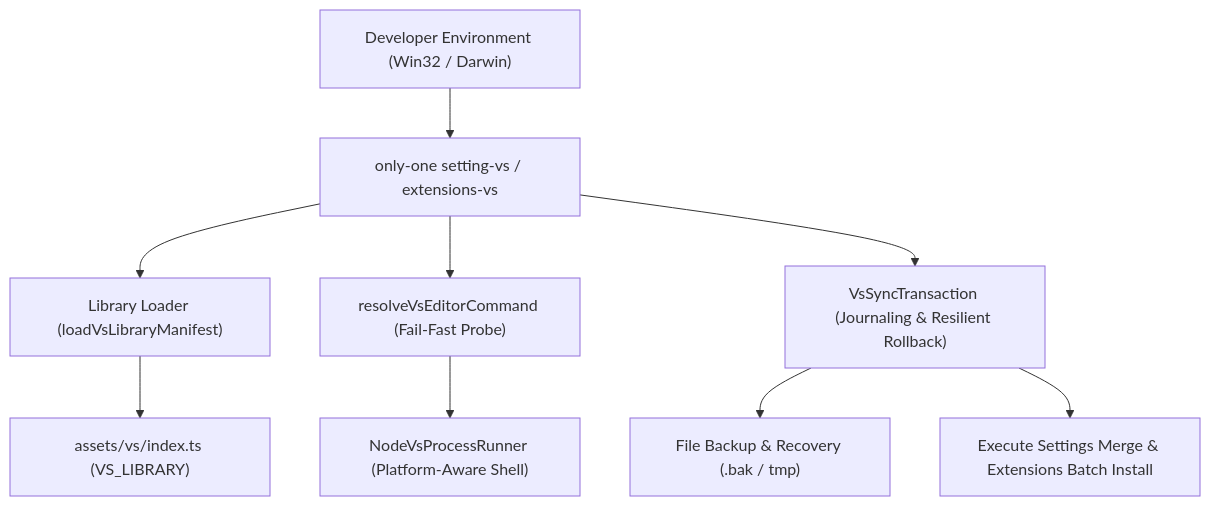
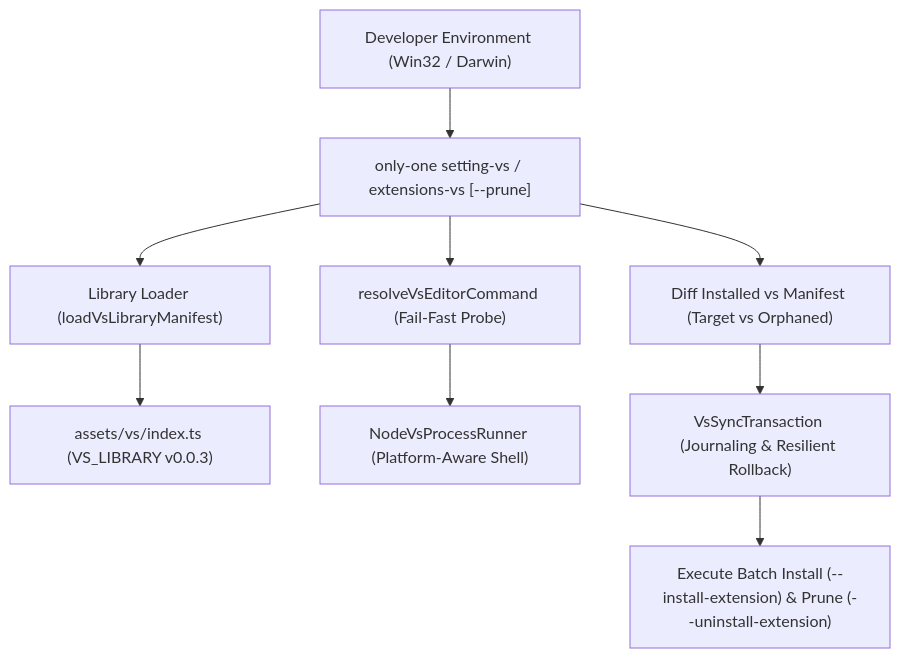
The diagram in only-one/archives/20260828-203000-vs-environment-and-sync-systems.md (Personal-Source-SP/only-one-cli), drawn with Mermaid before and after one commit. The commit also changed other lines of this file and 2 other files, not shown here.

Commit message:
feat: add --prune flag to remove unlisted extensions and update VS library manifest

````diff
--- a/only-one/archives/20260828-203000-vs-environment-and-sync-systems.md
+++ b/only-one/archives/20260828-203000-vs-environment-and-sync-systems.md
@@ -30,11 +34,11 @@
 ```mermaid
 flowchart TD
-    Host["Developer Environment (Win32 / Darwin)"] --> Cmd["only-one setting-vs / extensions-vs"]
+    Host["Developer Environment (Win32 / Darwin)"] --> Cmd["only-one setting-vs / extensions-vs [--prune]"]
     Cmd --> Loader["Library Loader (loadVsLibraryManifest)"]
-    Loader --> Manifest["assets/vs/index.ts (VS_LIBRARY)"]
+    Loader --> Manifest["assets/vs/index.ts (VS_LIBRARY v0.0.3)"]
     Cmd --> Resolver["resolveVsEditorCommand (Fail-Fast Probe)"]
     Resolver --> Runner["NodeVsProcessRunner (Platform-Aware Shell)"]
-    Cmd --> Tx["VsSyncTransaction (Journaling & Resilient Rollback)"]
-    Tx --> Backup["File Backup & Recovery (.bak / tmp)"]
-    Tx --> Apply["Execute Settings Merge & Extensions Batch Install"]
+    Cmd --> Diff["Diff Installed vs Manifest (Target vs Orphaned)"]
+    Diff --> Tx["VsSyncTransaction (Journaling & Resilient Rollback)"]
+    Tx --> Apply["Execute Batch Install (--install-extension) & Prune (--uninstall-extension)"]
 ```
````
